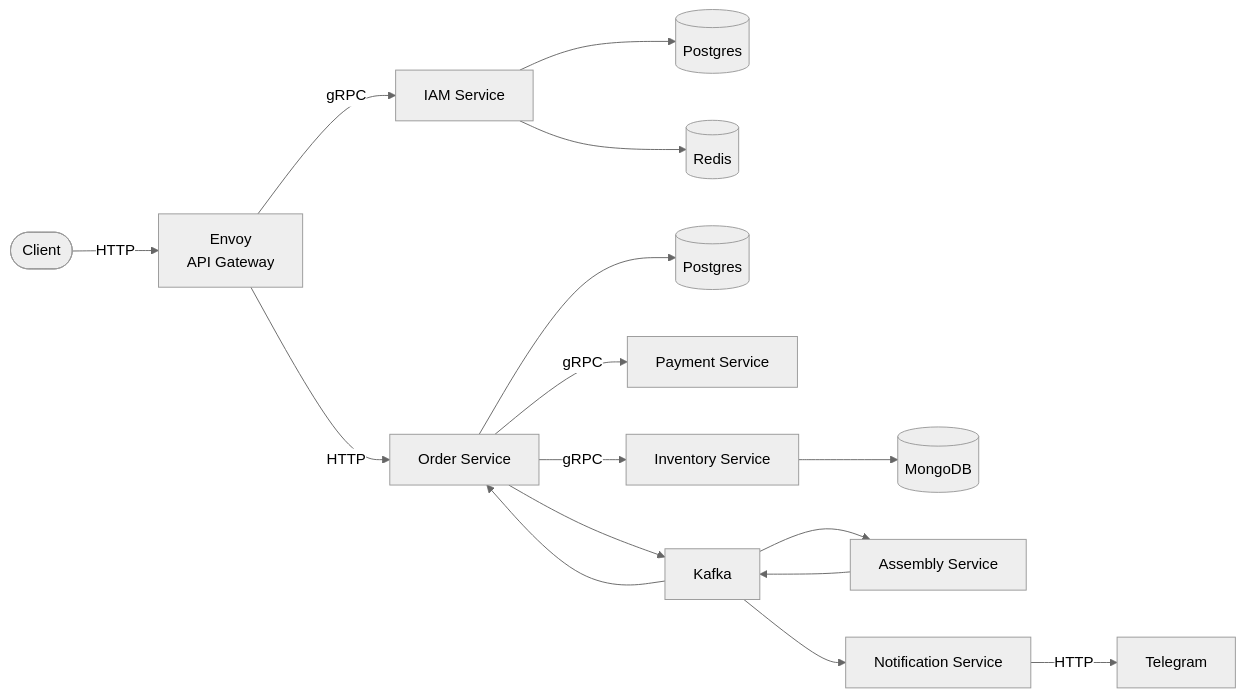
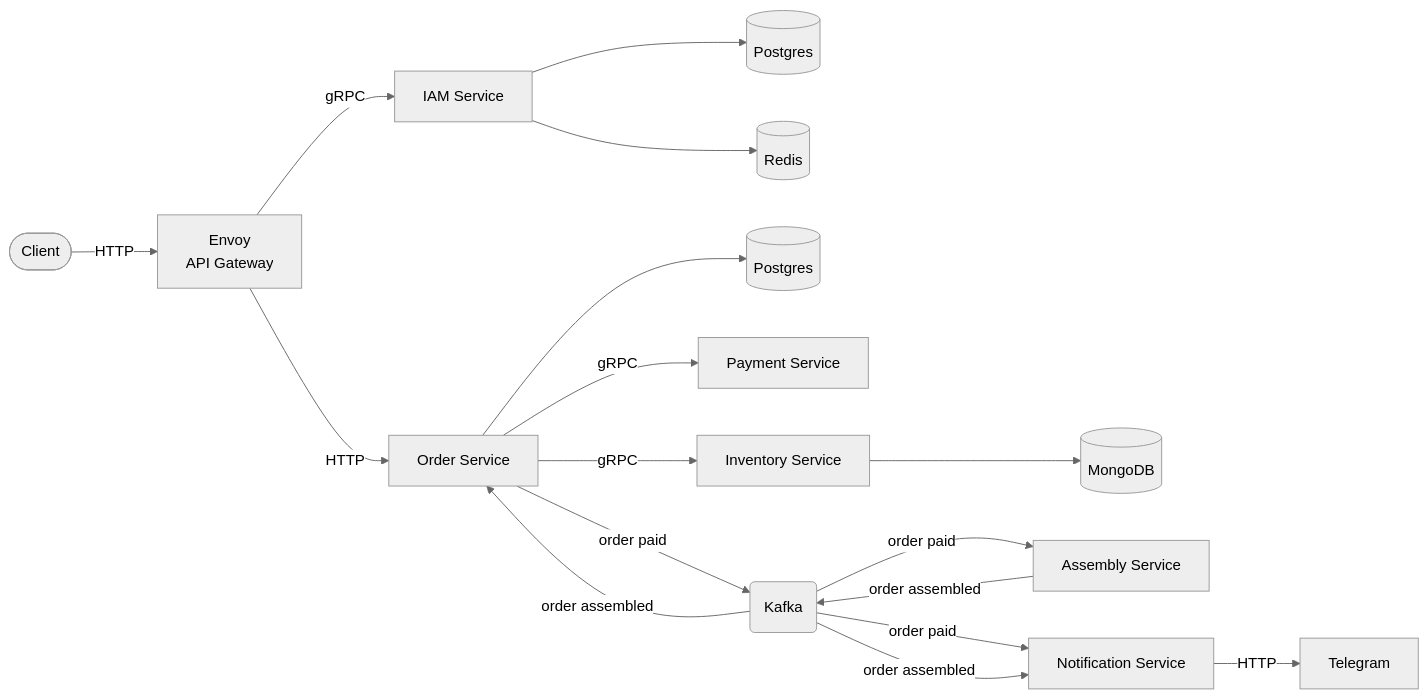
The diagram in README.md (Artyom099/factory), drawn with Mermaid (neutral theme) before and after one commit. The commit also changed other lines of this file and 47 other files, not shown here.

````diff
--- a/README.md
+++ b/README.md
@@ -5,29 +5,30 @@
 ```mermaid
 flowchart LR
     %% ==== CLIENT & ENVOY ====
     Client([Client]) -->|HTTP| Envoy[Envoy<br/>API Gateway]
 
     %% ==== IAM SERVICE ====
     Envoy -->|gRPC| IAM[IAM Service]
     IAM --> Postgres1[(Postgres)]
     IAM --> Redis[(Redis)]
 
     %% ==== ORDER SERVICE ====
     Envoy -->|HTTP| Order[Order Service]
     Order --> Postgres2[(Postgres)]
 
     %% ==== PAYMENT SERVICE ====
     Order -->|gRPC| Payment[Payment Service]
 
     %% ==== INVENTORY SERVICE ====
     Order -->|gRPC| Inventory[Inventory Service]
     Inventory --> MongoDB[(MongoDB)]
 
     %% ==== KAFKA BUS ====
-    Order --> Kafka[Kafka]
-    Kafka --> Order
-    Kafka --> Assembly[Assembly Service]
-    Assembly[Assembly Service] --> Kafka
-    Kafka --> Notification[Notification Service]
+    Order -->|order paid| Kafka(Kafka)
+    Kafka -->|order assembled| Order
+    Kafka -->|order paid| Assembly[Assembly Service]
+    Assembly[Assembly Service] -->|order assembled| Kafka
+    Kafka -->|order paid| Notification[Notification Service]
+    Kafka -->|order assembled| Notification[Notification Service]
     Notification -->|HTTP| Telegram[Telegram]
 ```
````
